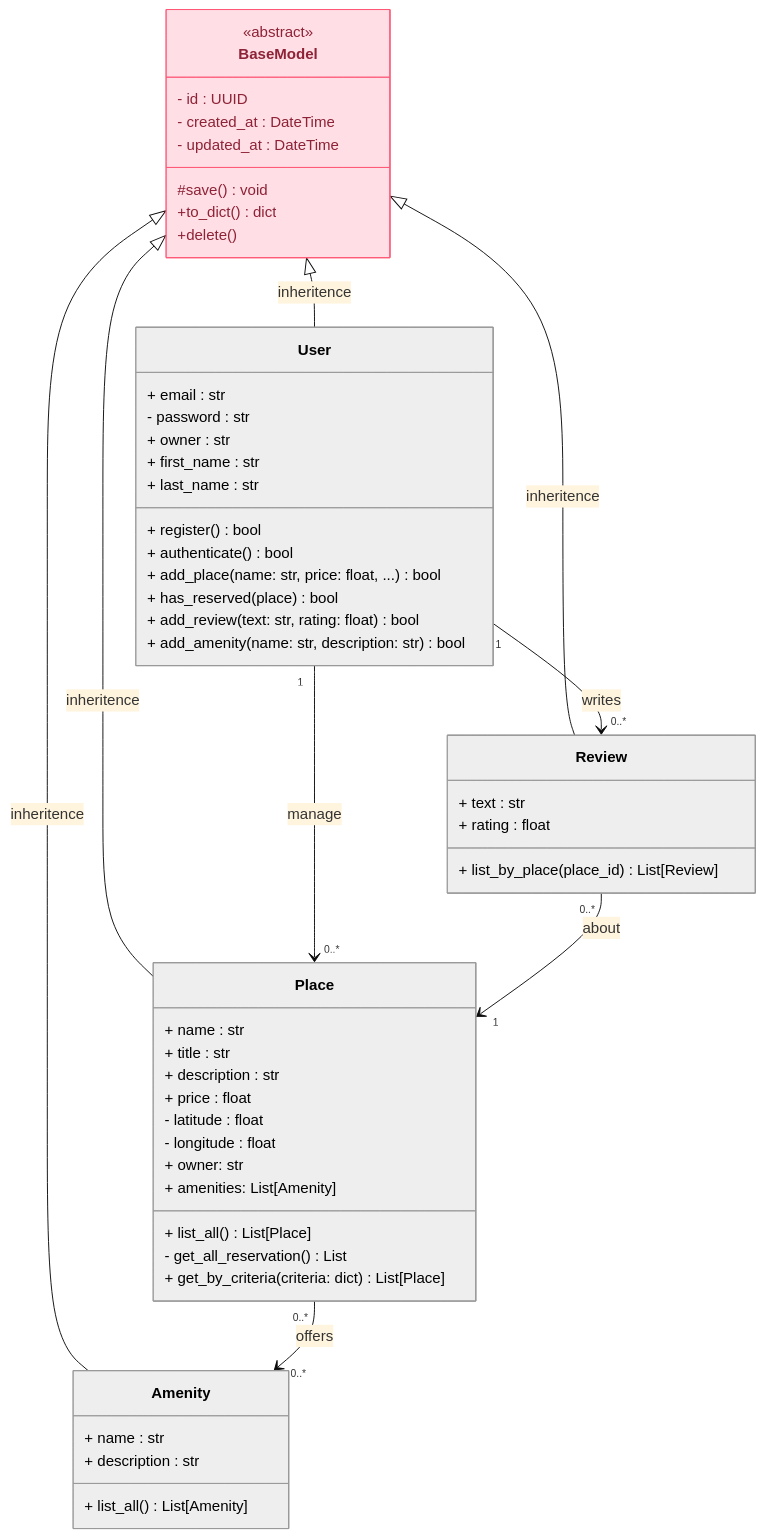
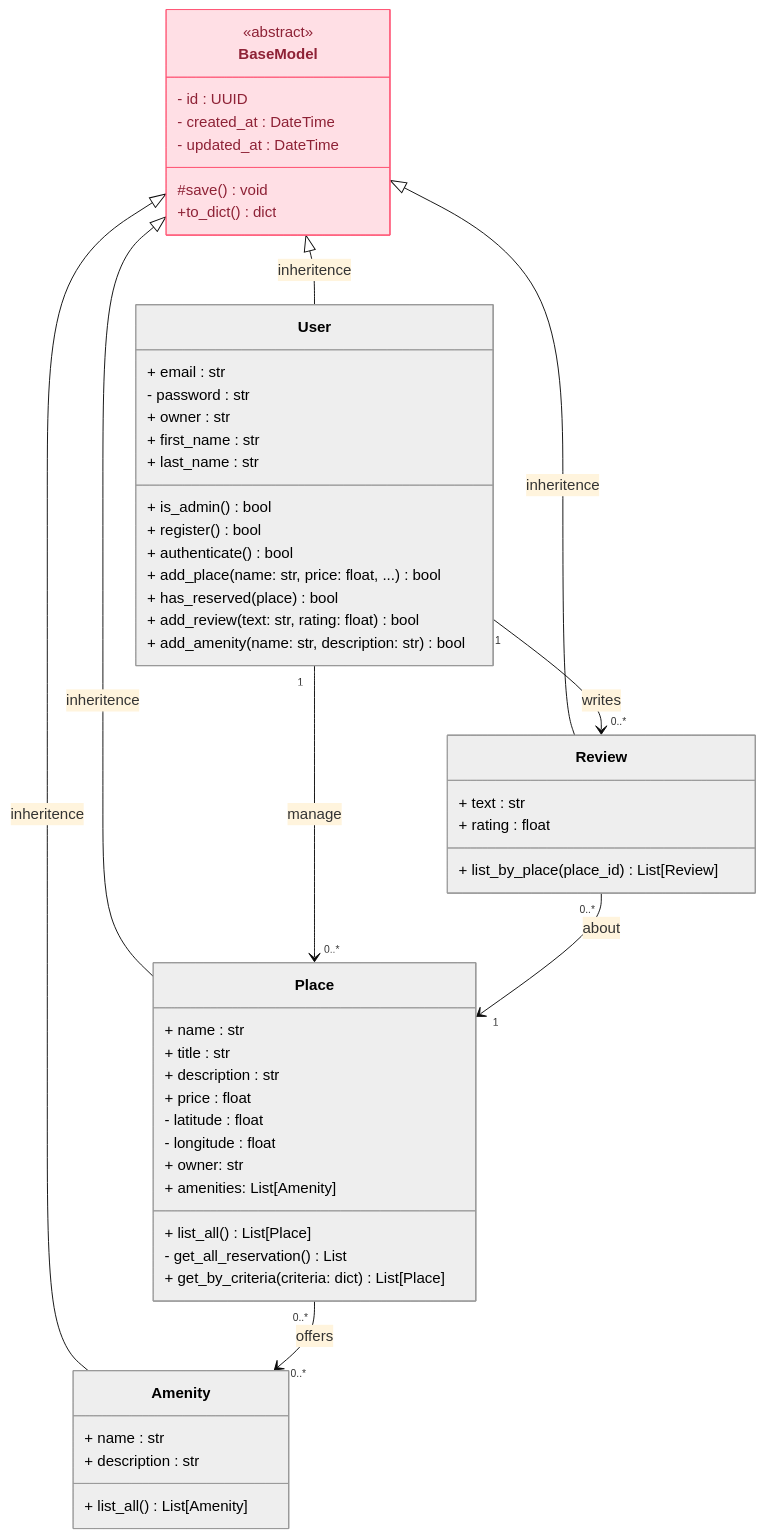
One commit to Ravou/holbertonschool-hbnb changed the diagram in Part1/Class_Diagram_BLL.md. Above: the diagram before and after it, drawn with Mermaid (base theme).

Commit message:
change class

```diff
--- a/Part1/Class_Diagram_BLL.md
+++ b/Part1/Class_Diagram_BLL.md
@@ -9,7 +9,6 @@
 	    - updated_at : DateTime
 	    #save() void
 	    +to_dict() dict
-		+delete()
     }
     
     %% 2. User
@@ -20,6 +19,7 @@
         + owner : str
         + first_name : str
         + last_name : str
+        + is_admin() bool
         + register() bool
         + authenticate() bool
         + add_place(name: str, price: float, ...) bool
```
